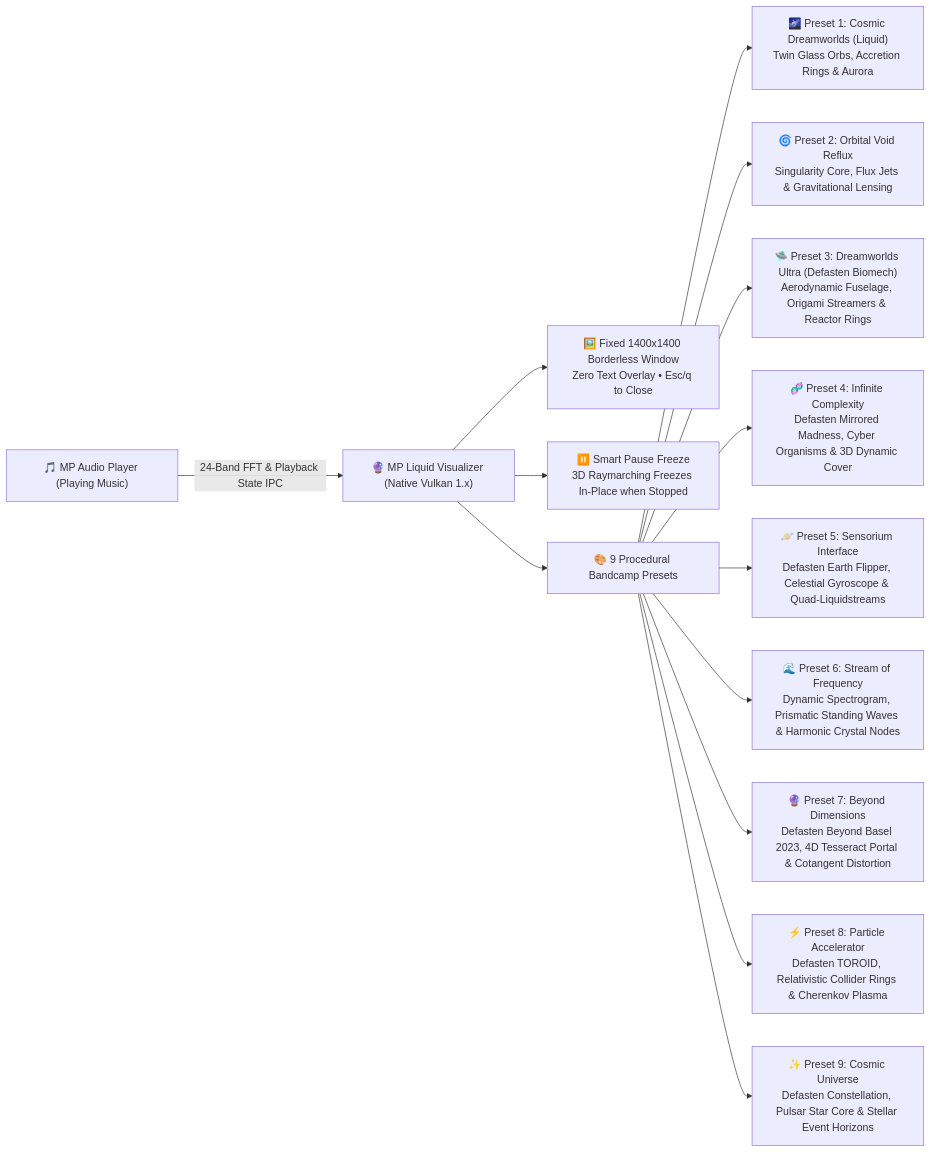
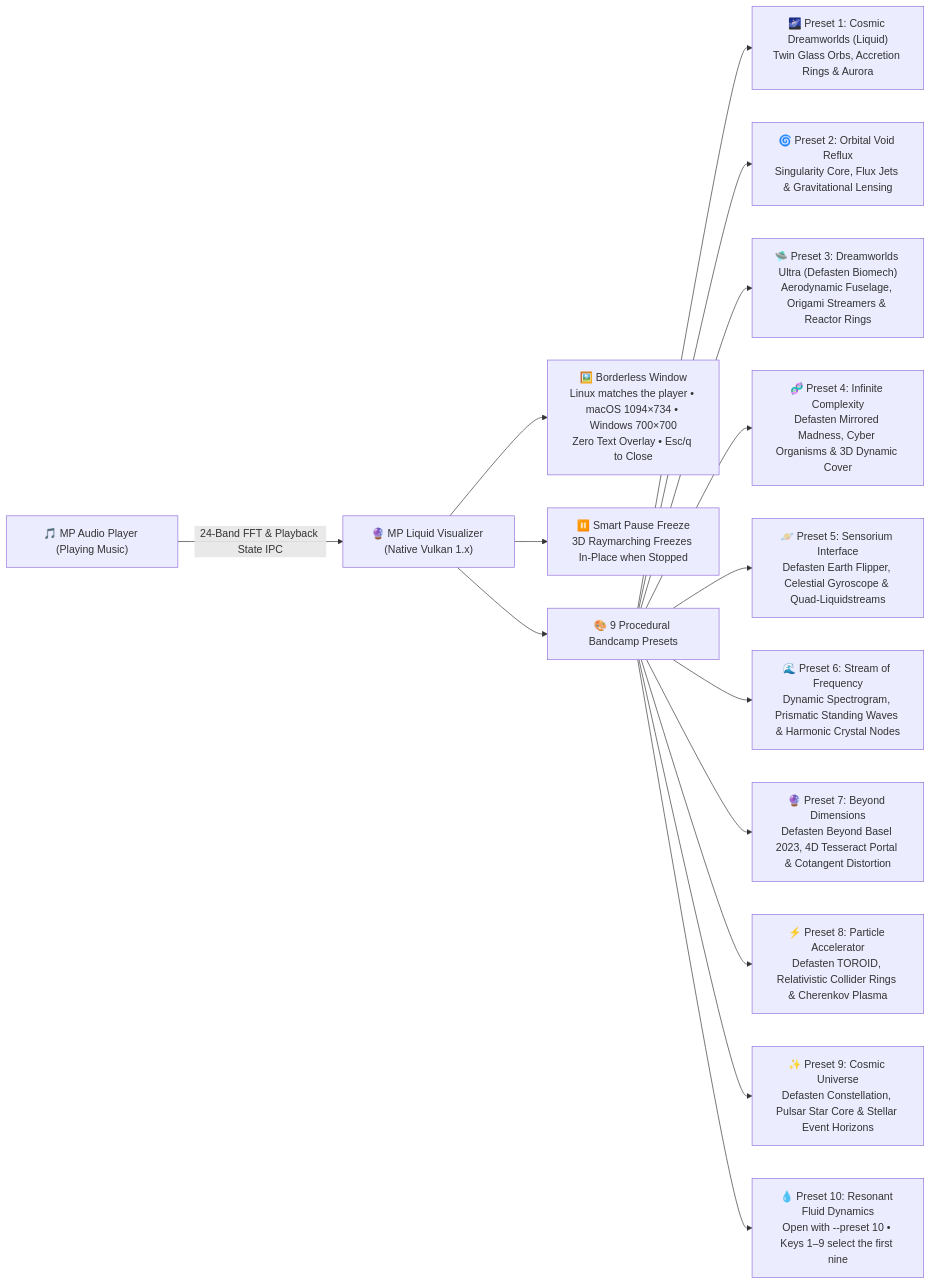
Before and after one commit to MPlanetarian/MPMixManager_v0.4-x64: the second of 13 diagrams in README.md, drawn with Mermaid. The commit also changed other lines of this file, not shown here.

Commit message:
Update the GitHub main page for the features added since the November 8, 2026 0.4.2 Stable (Liquid) release, including the Linux TTY switcher, visualizer window sizes, the Windows Liquid Player, and the menu and playlist fixes.

````diff
--- a/README.md
+++ b/README.md
@@ -288,16 +342,17 @@
 ```mermaid
 flowchart LR
     A["🎵 MP Audio Player (Playing Music)"] -->|24-Band FFT & Playback State IPC| B["🔮 MP Liquid Visualizer (Native Vulkan 1.x)"]
-    B --> C["🖼️ Fixed 1400x1400 Borderless Window\nZero Text Overlay • Esc/q to Close"]
+    B --> C["🖼️ Borderless Window\nLinux matches the player • macOS 1094×734 • Windows 700×700\nZero Text Overlay • Esc/q to Close"]
     B --> D["⏸️ Smart Pause Freeze\n3D Raymarching Freezes In-Place when Stopped"]
     B --> E["🎨 9 Procedural Bandcamp Presets"]
     E --> E1["🌌 Preset 1: Cosmic Dreamworlds (Liquid)\nTwin Glass Orbs, Accretion Rings & Aurora"]
     E --> E2["🌀 Preset 2: Orbital Void Reflux\nSingularity Core, Flux Jets & Gravitational Lensing"]
     E --> E3["🛸 Preset 3: Dreamworlds Ultra (Defasten Biomech)\nAerodynamic Fuselage, Origami Streamers & Reactor Rings"]
     E --> E4["🧬 Preset 4: Infinite Complexity\nDefasten Mirrored Madness, Cyber Organisms & 3D Dynamic Cover"]
     E --> E5["🪐 Preset 5: Sensorium Interface\nDefasten Earth Flipper, Celestial Gyroscope & Quad-Liquidstreams"]
     E --> E6["🌊 Preset 6: Stream of Frequency\nDynamic Spectrogram, Prismatic Standing Waves & Harmonic Crystal Nodes"]
     E --> E7["🔮 Preset 7: Beyond Dimensions\nDefasten Beyond Basel 2023, 4D Tesseract Portal & Cotangent Distortion"]
     E --> E8["⚡ Preset 8: Particle Accelerator\nDefasten TOROID, Relativistic Collider Rings & Cherenkov Plasma"]
     E --> E9["✨ Preset 9: Cosmic Universe\nDefasten Constellation, Pulsar Star Core & Stellar Event Horizons"]
+    E --> E10["💧 Preset 10: Resonant Fluid Dynamics\nOpen with --preset 10 • Keys 1–9 select the first nine"]
 ```
````
